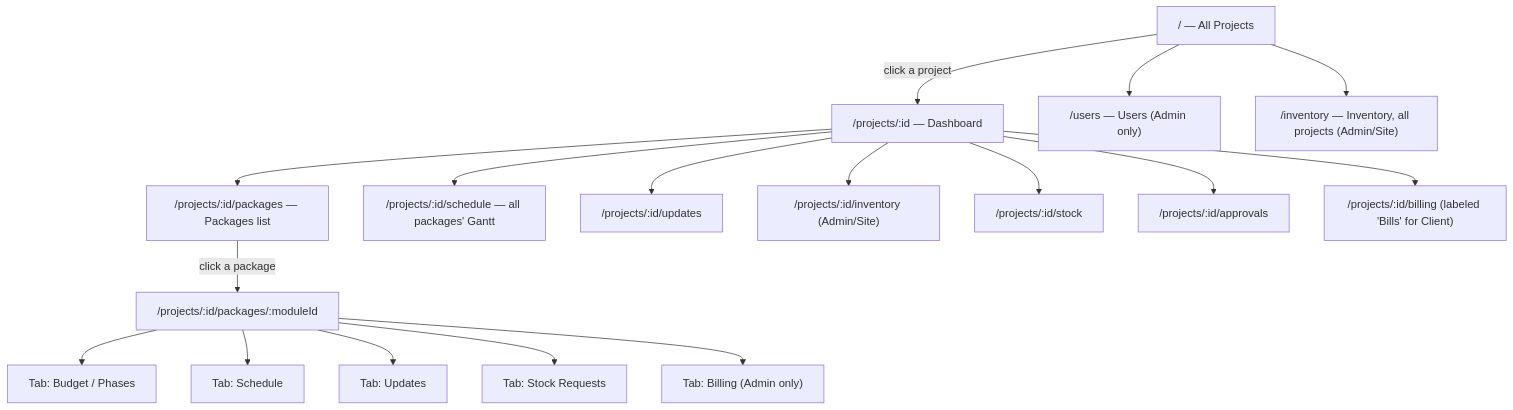
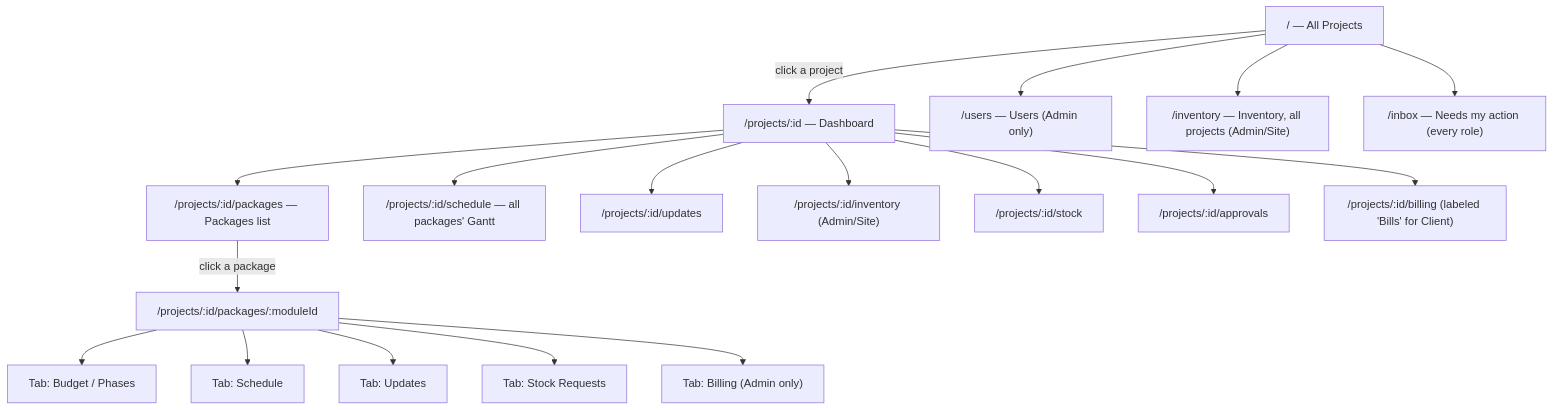
One commit to ApexStudios-interiors/ApexStudios changed the first of 8 diagrams in docs/ui-guide.md. Above: the diagram before and after it, drawn with Mermaid. The commit also changed other lines of this file and 2 other files, not shown here.

Commit message:
docs: D68 notifications for status changes and the Needs my action inbox

````diff
--- a/docs/ui-guide.md
+++ b/docs/ui-guide.md
@@ -37,21 +37,22 @@
 ```mermaid
 flowchart TD
     Home["/ — All Projects"] -->|click a project| Dash["/projects/:id — Dashboard"]
     Home --> Users["/users — Users (Admin only)"]
     Home --> InvAll["/inventory — Inventory, all projects (Admin/Site)"]
+    Home --> Inbox["/inbox — Needs my action (every role)"]
 
     Dash --> Packages["/projects/:id/packages — Packages list"]
     Packages -->|click a package| ModDetail["/projects/:id/packages/:moduleId"]
     ModDetail --> TabBudget["Tab: Budget / Phases"]
     ModDetail --> TabSched["Tab: Schedule"]
     ModDetail --> TabUpdates["Tab: Updates"]
     ModDetail --> TabStock["Tab: Stock Requests"]
     ModDetail --> TabBilling["Tab: Billing (Admin only)"]
 
     Dash --> Schedule["/projects/:id/schedule — all packages' Gantt"]
     Dash --> DailyUpdates["/projects/:id/updates"]
     Dash --> ProjInv["/projects/:id/inventory (Admin/Site)"]
     Dash --> Stock["/projects/:id/stock"]
     Dash --> Approvals["/projects/:id/approvals"]
     Dash --> Billing["/projects/:id/billing (labeled 'Bills' for Client)"]
 ```
````
